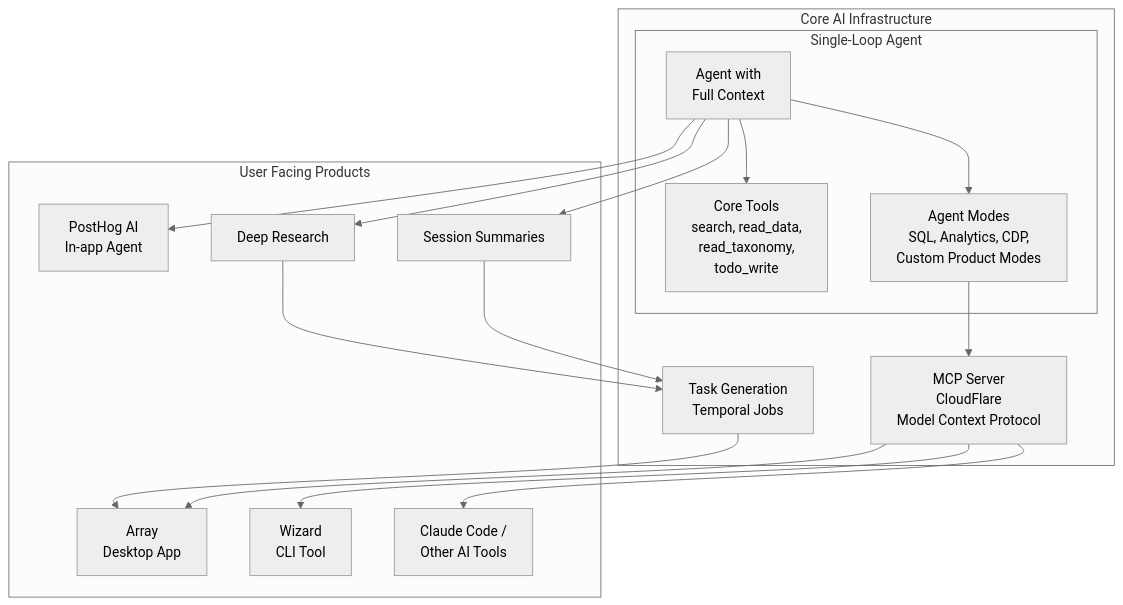
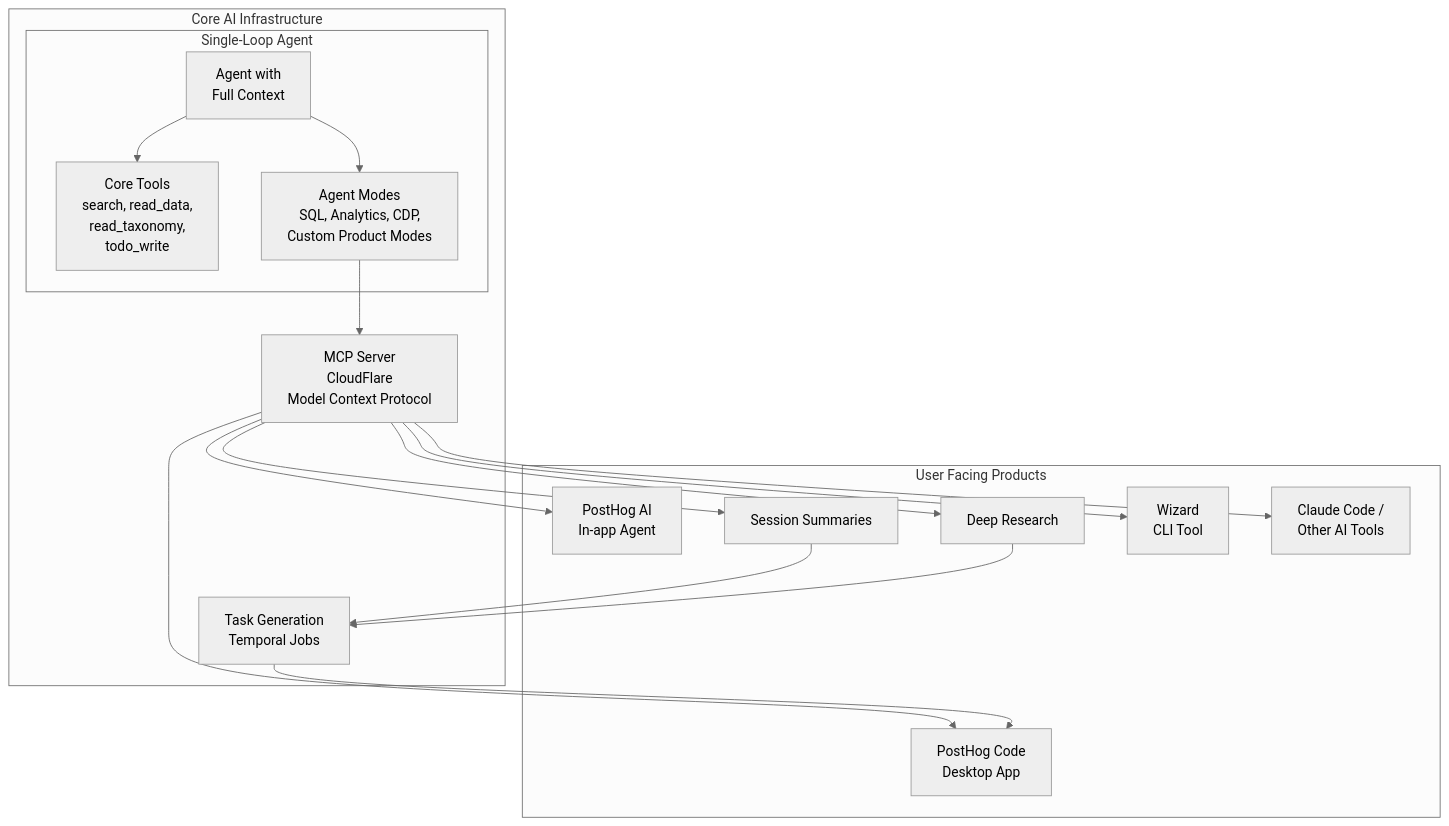
Before and after one commit to PostHog/posthog.com: the first of 3 diagrams in contents/handbook/engineering/ai/architecture.md, drawn with Mermaid (neutral theme). The commit also changed other lines of this file and 2 other files, not shown here.

````diff
--- a/contents/handbook/engineering/ai/architecture.md
+++ b/contents/handbook/engineering/ai/architecture.md
@@ -13,40 +13,39 @@
 ```mermaid
 graph TB
     subgraph "User Facing Products"
         PostHogAIUI[PostHog AI<br/>In-app Agent]
         DeepResearch[Deep Research]
         SessionSum[Session Summaries]
-        ArrayApp[Array<br/>Desktop App]
+        PostHogCode[PostHog Code<br/>Desktop App]
         Wizard[Wizard<br/>CLI Tool]
         ClaudeCode[Claude Code /<br/>Other AI Tools]
     end
 
     subgraph "Core AI Infrastructure"
         subgraph "Single-Loop Agent"
             Agent[Agent with<br/>Full Context]
             CoreTools[Core Tools<br/>search, read_data,<br/>read_taxonomy,<br/>todo_write]
             Modes[Agent Modes<br/>SQL, Analytics, CDP,<br/>Custom Product Modes]
         end
 
         MCP[MCP Server<br/>CloudFlare<br/>Model Context Protocol]
         TaskGen[Task Generation<br/>Temporal Jobs]
     end
 
-    Agent --> PostHogAIUI
-    Agent --> DeepResearch
-    Agent --> SessionSum
-
     Agent --> CoreTools
     Agent --> Modes
 
     Modes --> MCP
 
-    MCP --> ArrayApp
+    MCP --> PostHogAIUI
+    MCP --> DeepResearch
+    MCP --> SessionSum
+    MCP --> PostHogCode
     MCP --> Wizard
     MCP --> ClaudeCode
 
     SessionSum --> TaskGen
     DeepResearch --> TaskGen
 
-    TaskGen --> ArrayApp
+    TaskGen --> PostHogCode
 ```
````
